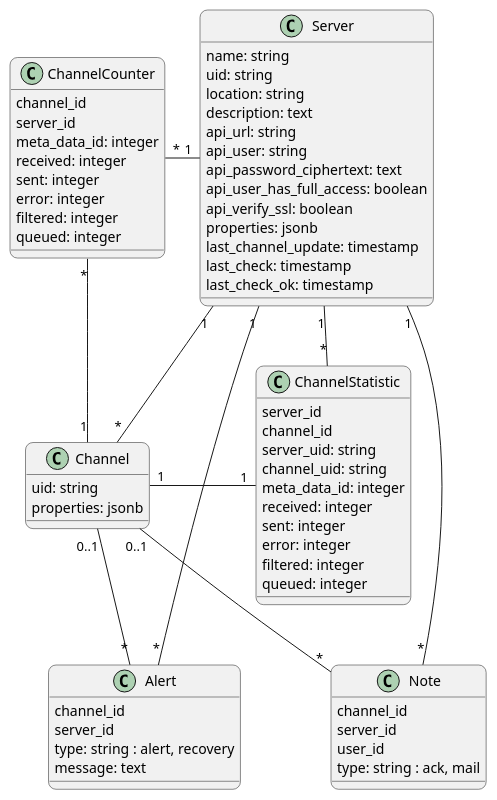
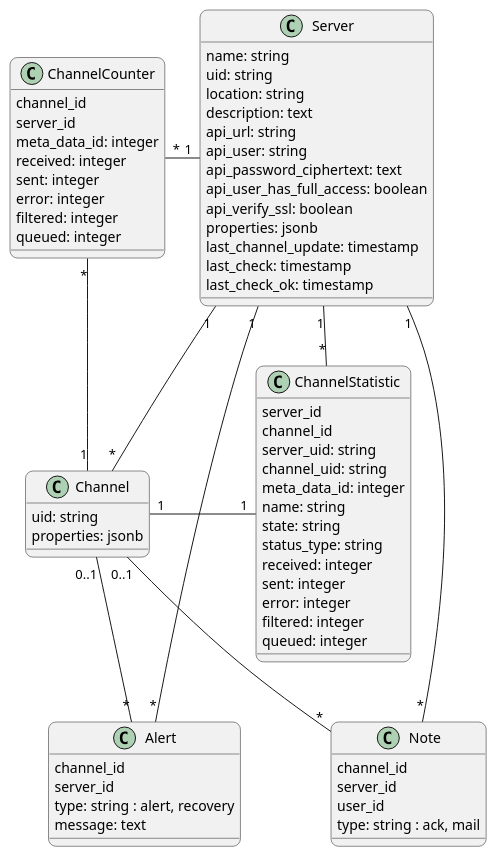
The diagram in doc/dev-notes/modules/ROOT/images/models.puml (swobspace/mirco), drawn with PlantUML before and after one commit. The commit also changed 9 other files, not shown here.

```diff
--- a/doc/dev-notes/modules/ROOT/images/models.puml
+++ b/doc/dev-notes/modules/ROOT/images/models.puml
@@ -1,76 +1,79 @@
 @startuml
 top to bottom direction
 skinparam defaultTextAlignment center
 skinparam roundCorner 15
 
 class Server  {
   name: string
   uid: string
   location: string
   description: text
   api_url: string
   api_user: string
   api_password_ciphertext: text
   api_user_has_full_access: boolean
   api_verify_ssl: boolean
   properties: jsonb
   last_channel_update: timestamp
   last_check: timestamp
   last_check_ok: timestamp
 }
 
 class Channel {
   uid: string
   properties: jsonb
 }
 
 class ChannelStatistic {
   server_id
   channel_id
   server_uid: string
   channel_uid: string
   meta_data_id: integer
+  name: string
+  state: string
+  status_type: string
   received: integer
   sent: integer
   error: integer
   filtered: integer
   queued: integer
 }
 
 class ChannelCounter {
   channel_id
   server_id
   meta_data_id: integer
   received: integer
   sent: integer
   error: integer
   filtered: integer
   queued: integer
 }
 
 class Alert {
   channel_id
   server_id
   type: string : alert, recovery
   message: text
 }
 
 class Note {
   channel_id
   server_id
   user_id
   type: string : ack, mail
 }
 
 Server "1" -- "*" Channel
 Server "1" - "*" ChannelStatistic
 Channel "1" - "1" ChannelStatistic
 ChannelCounter "*" - "1" Server
 ChannelCounter "*" -- "1" Channel
 Server "1" -- "*" Alert
 Channel "0..1" -- "*" Alert
 Server "1" -- "*" Note
 Channel "0..1" -- "*" Note
 
 
 @enduml
```
